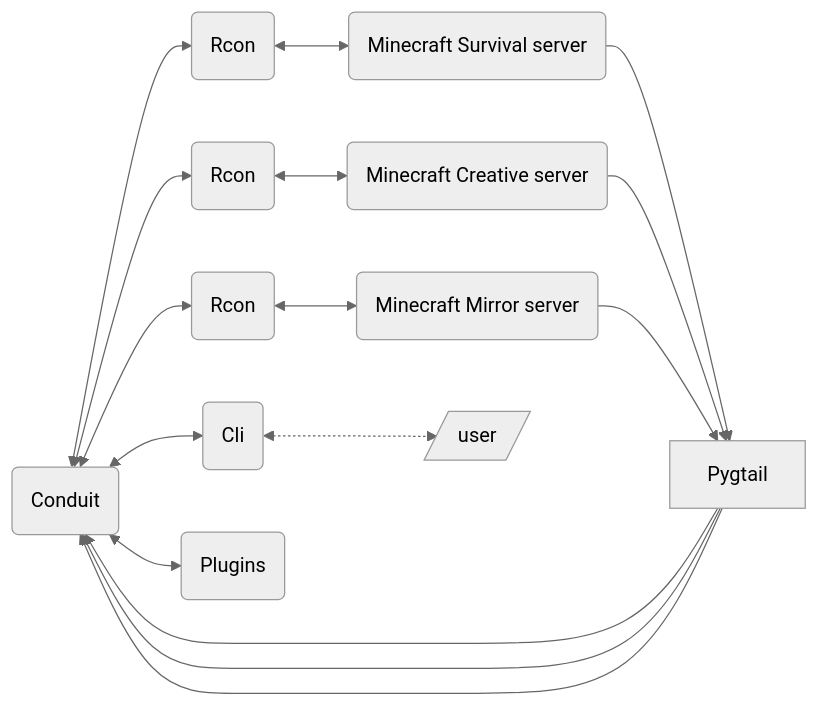
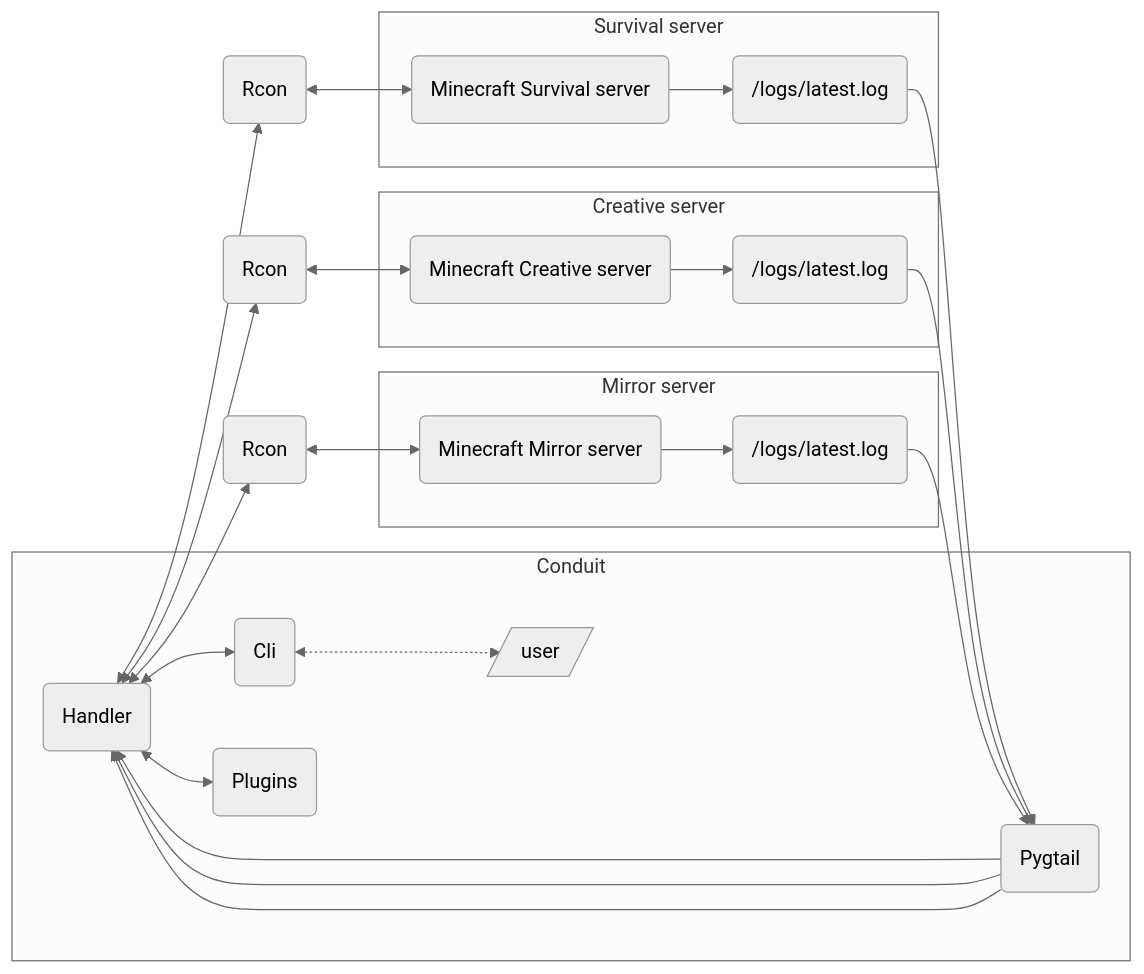
One commit to 1attila/test changed the first of 2 diagrams in README.md. Above: the diagram before and after it, drawn with Mermaid (neutral theme).

Commit message:
Update Conduit architecture diagram in README

````diff
--- a/README.md
+++ b/README.md
@@ -71,23 +71,38 @@
 ```mermaid
 flowchart LR
 
-    c("Conduit")
+    subgraph Conduit
+    h("Handler")
+    p("Pygtail")
+    cli("Cli")
+    h <--> cli
+    h <--> pl("Plugins")
+    cli <-.-> u[/user/]
+    end
 
+    subgraph Survival server
     s1("Minecraft Survival server")
+    l1("/logs/latest.log")
+    s1 --> l1
+    end
+
+    subgraph Creative server
     s2("Minecraft Creative server")
+    l2("/logs/latest.log")
+    s2 --> l2
+    end
+
+    subgraph Mirror server
     s3("Minecraft Mirror server")
+    l3("/logs/latest.log")
+    s3 --> l3
+    end
 
-    cli("Cli")
+    l1 --> p --> h
+    l2 --> p --> h
+    l3 --> p --> h
 
-    s1 --> Pygtail --> c
-    s2 --> Pygtail --> c
-    s3 --> Pygtail --> c
-
-    c <--> r1("Rcon") <--> s1
-    c <--> r2("Rcon") <--> s2
-    c <--> r3("Rcon") <--> s3
-
-    c <--> cli
-    c <--> p("Plugins")
-    cli <-.-> u[/user/]
+    h <--> r1("Rcon") <--> s1
+    h <--> r2("Rcon") <--> s2
+    h <--> r3("Rcon") <--> s3
 ```
````
